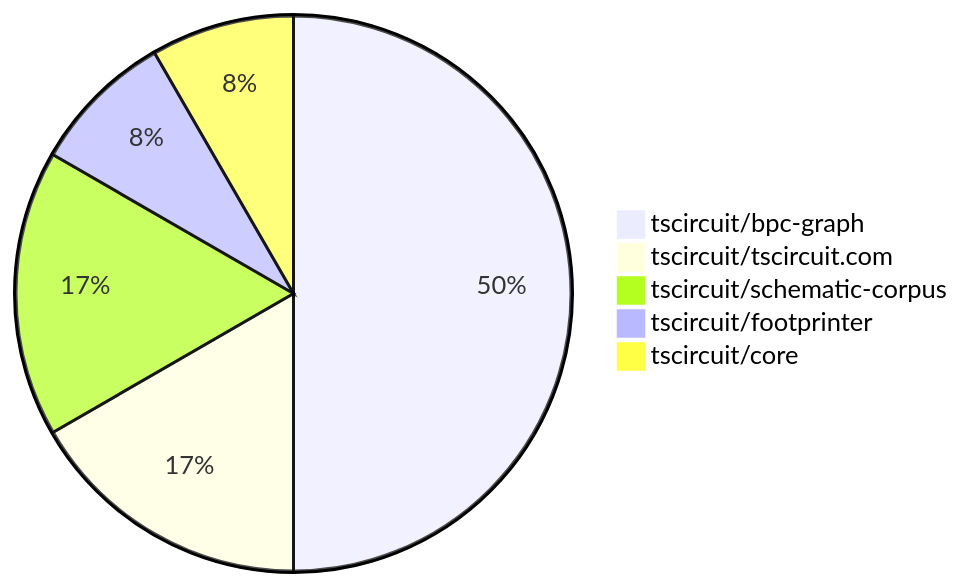
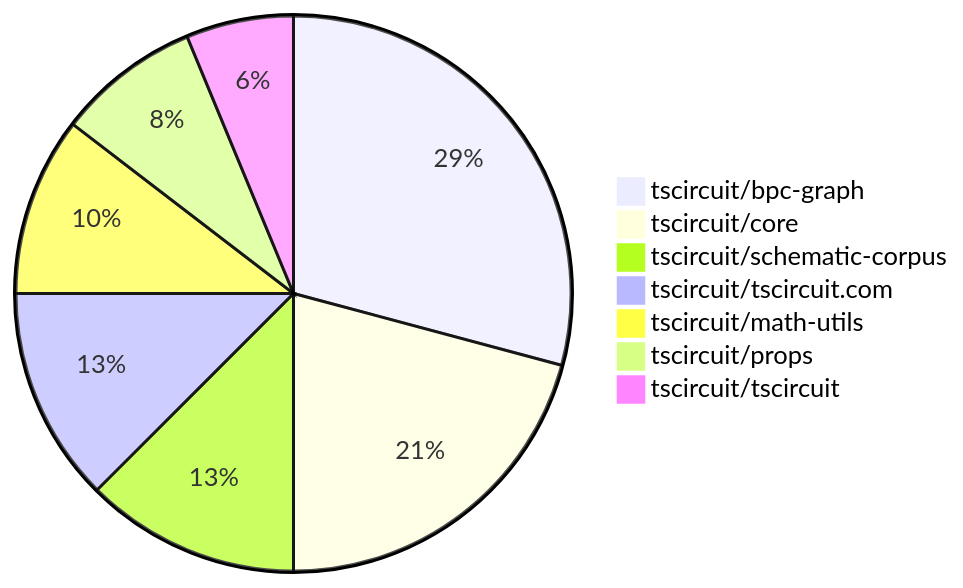
One commit to tscircuit/contribution-tracker changed the second of 2 diagrams in contribution-overviews/2025-07-09.md. Above: the diagram before and after it, drawn with Mermaid. The commit also changed other lines of this file and 3 other files, not shown here.

````diff
--- a/contribution-overviews/2025-07-09.md
+++ b/contribution-overviews/2025-07-09.md
@@ -52,8 +70,10 @@
 ```mermaid
 pie
-    "tscircuit/bpc-graph" : 6
-    "tscircuit/tscircuit.com" : 2
-    "tscircuit/schematic-corpus" : 2
-    "tscircuit/footprinter" : 1
-    "tscircuit/core" : 1
+    "tscircuit/bpc-graph" : 14
+    "tscircuit/core" : 10
+    "tscircuit/schematic-corpus" : 6
+    "tscircuit/tscircuit.com" : 6
+    "tscircuit/math-utils" : 5
+    "tscircuit/props" : 4
+    "tscircuit/tscircuit" : 3
 ```
````
